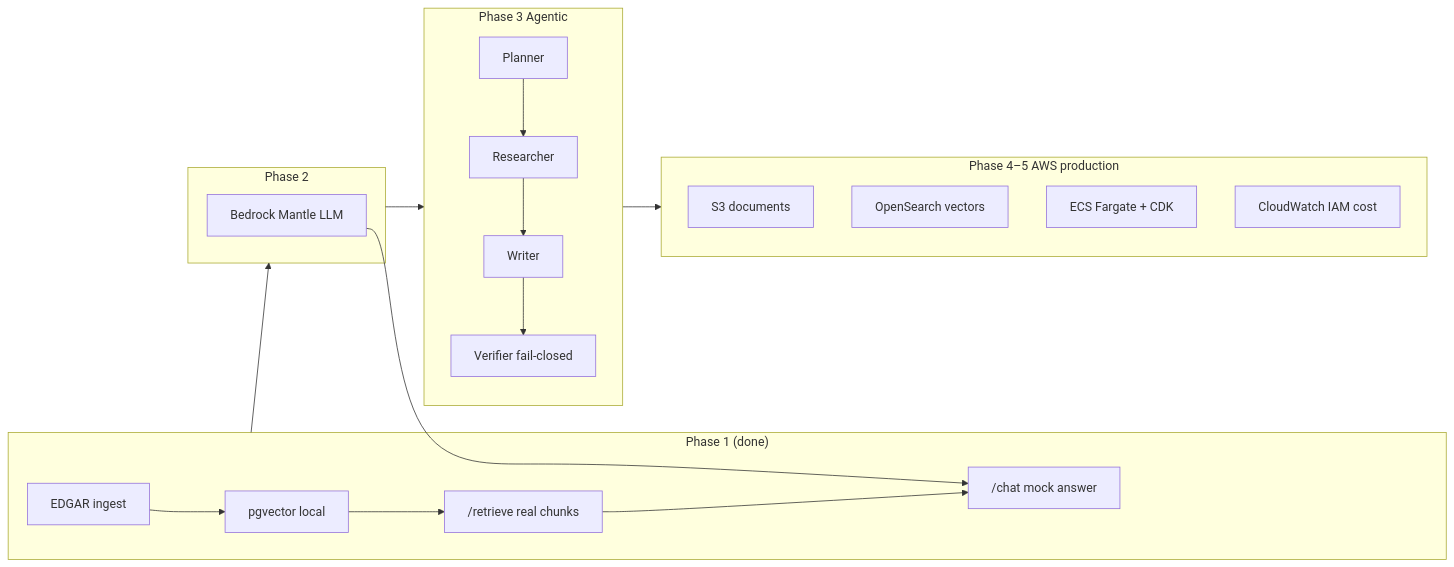
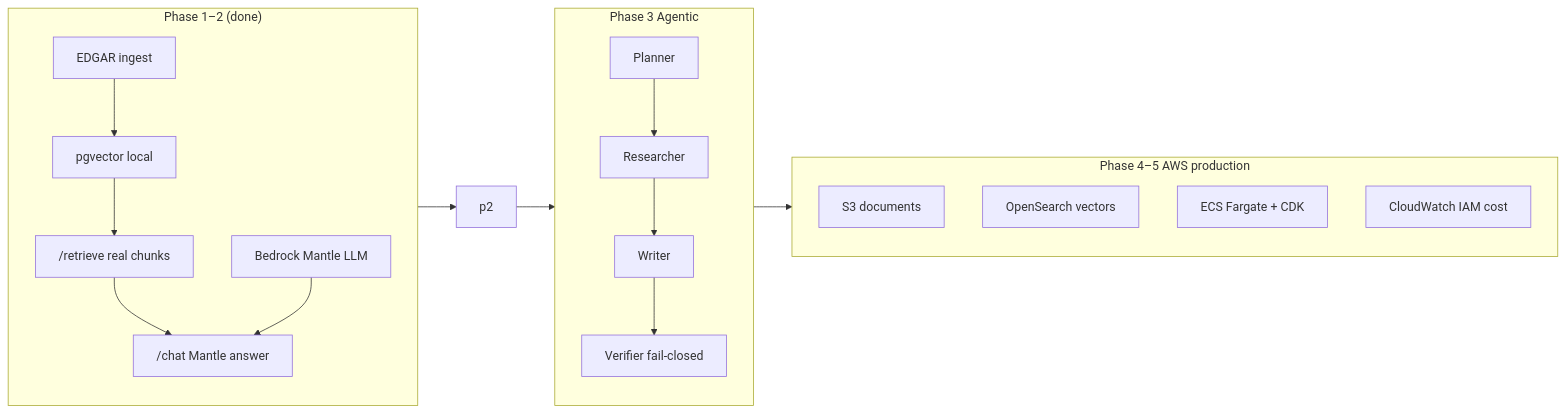
Before and after one commit to Kellyxinyuwu/sec-filings-agentic-rag-aws: the diagram in docs/OLD_VS_NEW_PROJECT.md, drawn with Mermaid. The commit also changed other lines of this file and 15 other files, not shown here.

First line of the commit message:
feat(phase-2): Bedrock Mantle grounded /chat with citations

````diff
--- a/docs/OLD_VS_NEW_PROJECT.md
+++ b/docs/OLD_VS_NEW_PROJECT.md
@@ -55,27 +55,24 @@
 ```mermaid
 flowchart LR
-  subgraph now ["Phase 1 (done)"]
+  subgraph now ["Phase 1–2 (done)"]
     A[EDGAR ingest] --> B[pgvector local]
     B --> C["/retrieve real chunks"]
-    C --> D["/chat mock answer"]
-  end
-
-  subgraph p2 ["Phase 2"]
+    C --> D["/chat Mantle answer"]
     E[Bedrock Mantle LLM] --> D
   end
 
   subgraph p3 ["Phase 3 Agentic"]
     F[Planner] --> G[Researcher]
     G --> H[Writer]
     H --> I[Verifier fail-closed]
   end
 
   subgraph p45 ["Phase 4–5 AWS production"]
     J[S3 documents]
     K[OpenSearch vectors]
     L[ECS Fargate + CDK]
     M[CloudWatch IAM cost]
   end
 
   now --> p2 --> p3 --> p45
 ```
````
